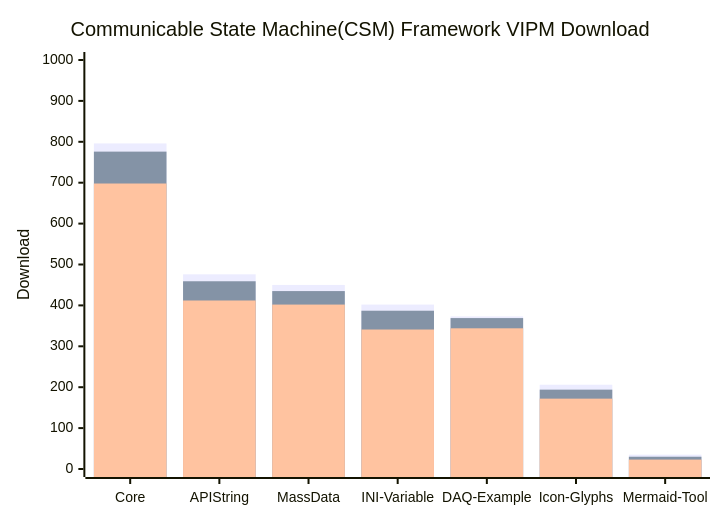
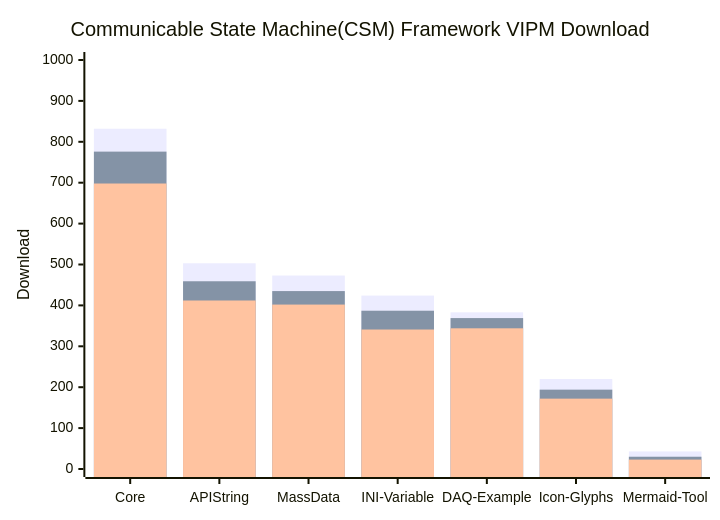
One commit to NEVSTOP-LAB/.github changed the diagram in profile/README.md. Above: the diagram before and after it, drawn with Mermaid.

````diff
--- a/profile/README.md
+++ b/profile/README.md
@@ -27,9 +27,9 @@
 ```mermaid
     xychart-beta
     title "Communicable State Machine(CSM) Framework VIPM Download"
     x-axis [Core, API String, MassData, INI-Variable, DAQ-Example, Icon-Glyphs, Mermaid-Tool]
     y-axis "Download" 0 --> 1000
-    bar   [796 , 476 , 450 , 402 , 373 , 206 ,35 ]
+    bar   [832 , 503 , 473 , 424 , 383 , 220 ,43 ]
     bar   [776, 459, 435, 387, 369, 194, 30]
     bar   [698, 412, 402, 341, 344, 172, 23]
 ```
````
